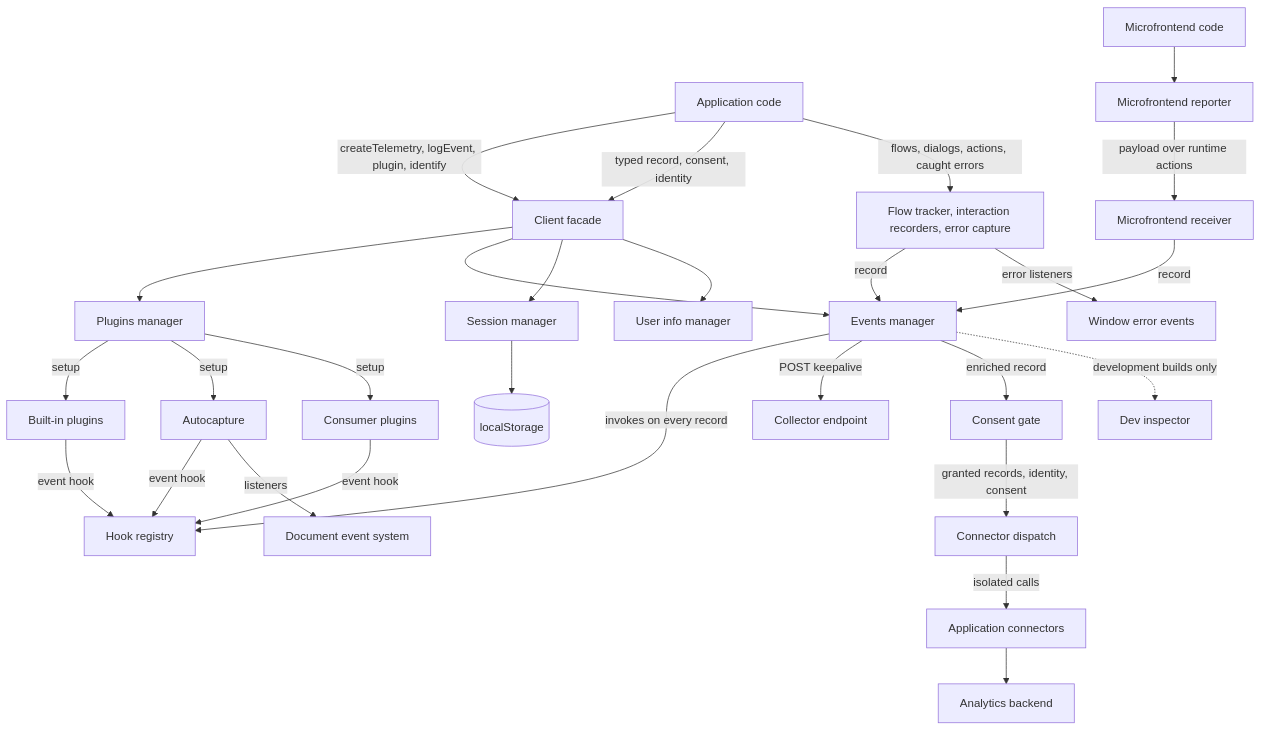
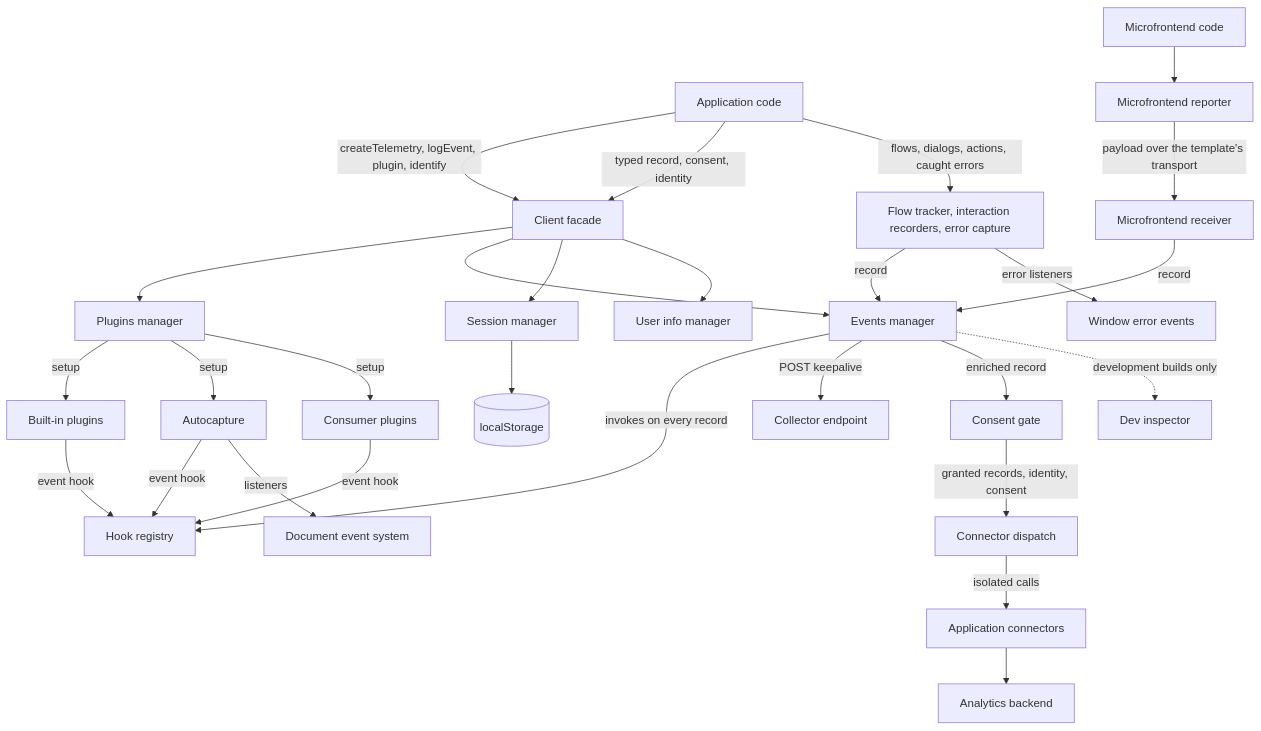
Before and after one commit to tscbmstubp/gears-frontx: the first of 8 diagrams in packages/telemetry/architecture/DESIGN.md, drawn with Mermaid. The commit also changed other lines of this file, not shown here.

````diff
--- a/packages/telemetry/architecture/DESIGN.md
+++ b/packages/telemetry/architecture/DESIGN.md
@@ -108,30 +109,30 @@
 ```mermaid
 graph TD
     App[Application code] -->|createTelemetry, logEvent, plugin, identify| Client
     Client[Client facade] --> Plugins[Plugins manager]
     Client --> Events[Events manager]
     Client --> Session[Session manager]
     Client --> UserInfo[User info manager]
     Plugins -->|setup| Builtin[Built-in plugins]
     Plugins -->|setup| Autocapture[Autocapture]
     Plugins -->|setup| Consumer[Consumer plugins]
     Builtin -->|event hook| Hooks[Hook registry]
     Autocapture -->|event hook| Hooks
     Consumer -->|event hook| Hooks
     Events -->|invokes on every record| Hooks
     Session --> Storage[(localStorage)]
     Autocapture -->|listeners| DOM[Document event system]
     Events -->|POST keepalive| Collector[Collector endpoint]
     App -->|typed record, consent, identity| Client
     App -->|flows, dialogs, actions, caught errors| Capture[Flow tracker, interaction recorders, error capture]
     Capture -->|record| Events
     Capture -->|error listeners| Window[Window error events]
     Events -->|enriched record| Gate[Consent gate]
     Events -.->|development builds only| Inspector[Dev inspector]
     Gate -->|granted records, identity, consent| Dispatch[Connector dispatch]
     Dispatch -->|isolated calls| Connectors[Application connectors]
     Connectors --> Backend[Analytics backend]
     MfeCode[Microfrontend code] --> Reporter[Microfrontend reporter]
-    Reporter -->|payload over runtime actions| Receiver[Microfrontend receiver]
+    Reporter -->|payload over the template's transport| Receiver[Microfrontend receiver]
     Receiver -->|record| Events
 ```
````
